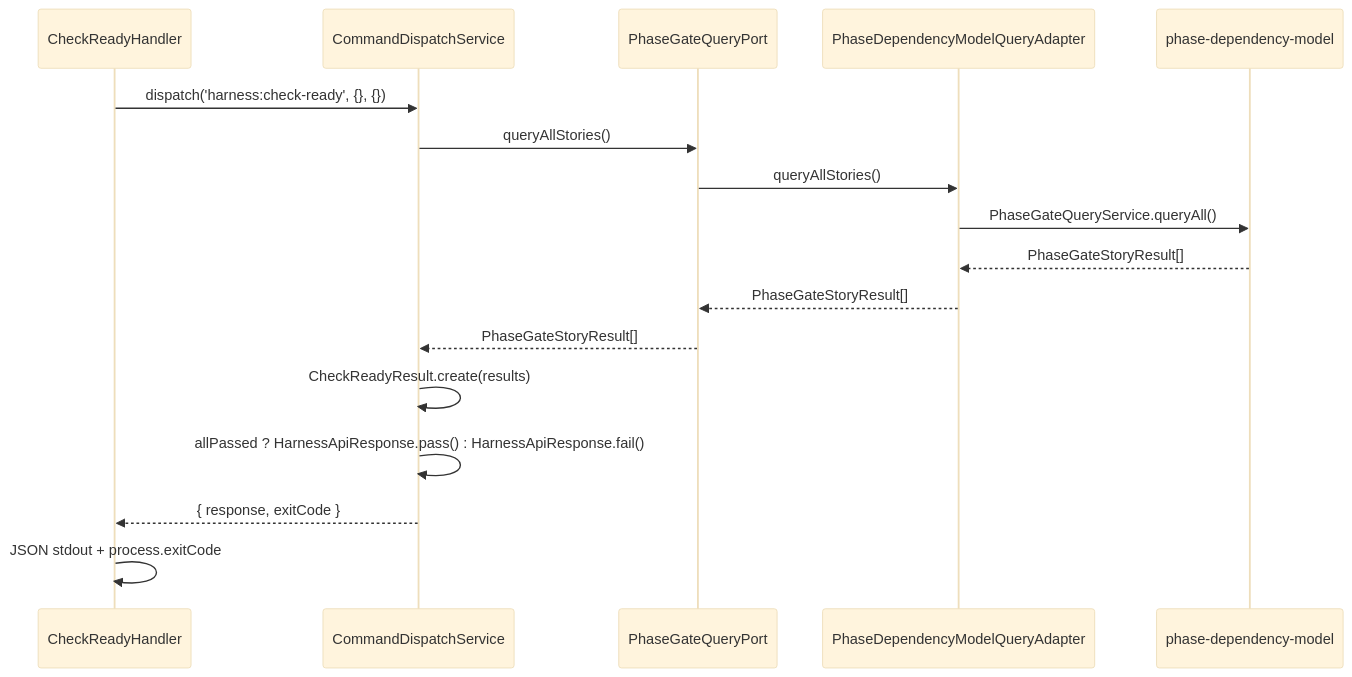
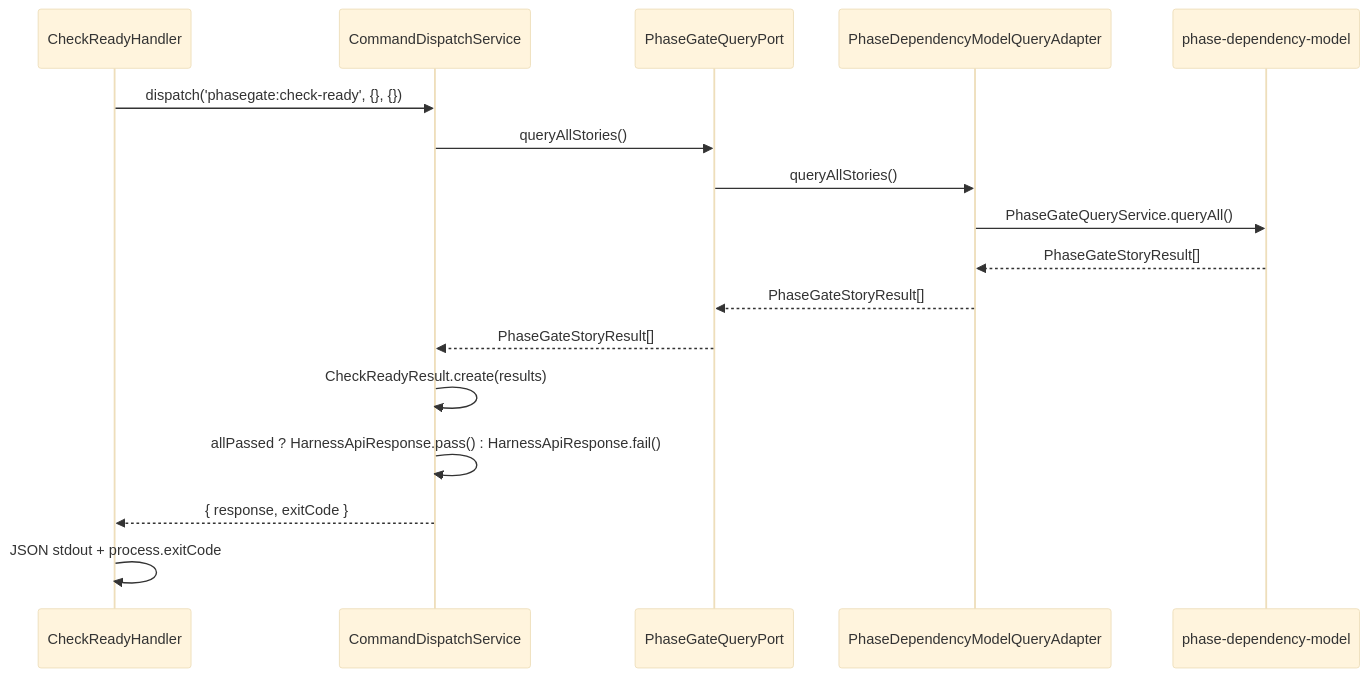
One commit to junpei-9898/phasegate changed the third of 10 diagrams in docs/product/construction/harness-api/logical_design.md. Above: the diagram before and after it, drawn with Mermaid (base theme). The commit also changed other lines of this file and 181 other files, not shown here.

First line of the commit message:
feat: v0.16.0 — CLI コマンド名を harness から phasegate にリネーム

````diff
--- a/docs/product/construction/harness-api/logical_design.md
+++ b/docs/product/construction/harness-api/logical_design.md
@@ -1386,20 +1386,20 @@
 ```mermaid
 sequenceDiagram
     participant Handler as CheckReadyHandler
     participant DispatchSvc as CommandDispatchService
     participant Port as PhaseGateQueryPort
     participant Adapter as PhaseDependencyModelQueryAdapter
     participant PhaseDep as phase-dependency-model
 
-    Handler->>DispatchSvc: dispatch('harness:check-ready', {}, {})
+    Handler->>DispatchSvc: dispatch('phasegate:check-ready', {}, {})
     DispatchSvc->>Port: queryAllStories()
     Port->>Adapter: queryAllStories()
     Adapter->>PhaseDep: PhaseGateQueryService.queryAll()
     PhaseDep-->>Adapter: PhaseGateStoryResult[]
     Adapter-->>Port: PhaseGateStoryResult[]
     Port-->>DispatchSvc: PhaseGateStoryResult[]
     DispatchSvc->>DispatchSvc: CheckReadyResult.create(results)
     DispatchSvc->>DispatchSvc: allPassed ? HarnessApiResponse.pass() : HarnessApiResponse.fail()
     DispatchSvc-->>Handler: { response, exitCode }
     Handler->>Handler: JSON stdout + process.exitCode
 ```
````
